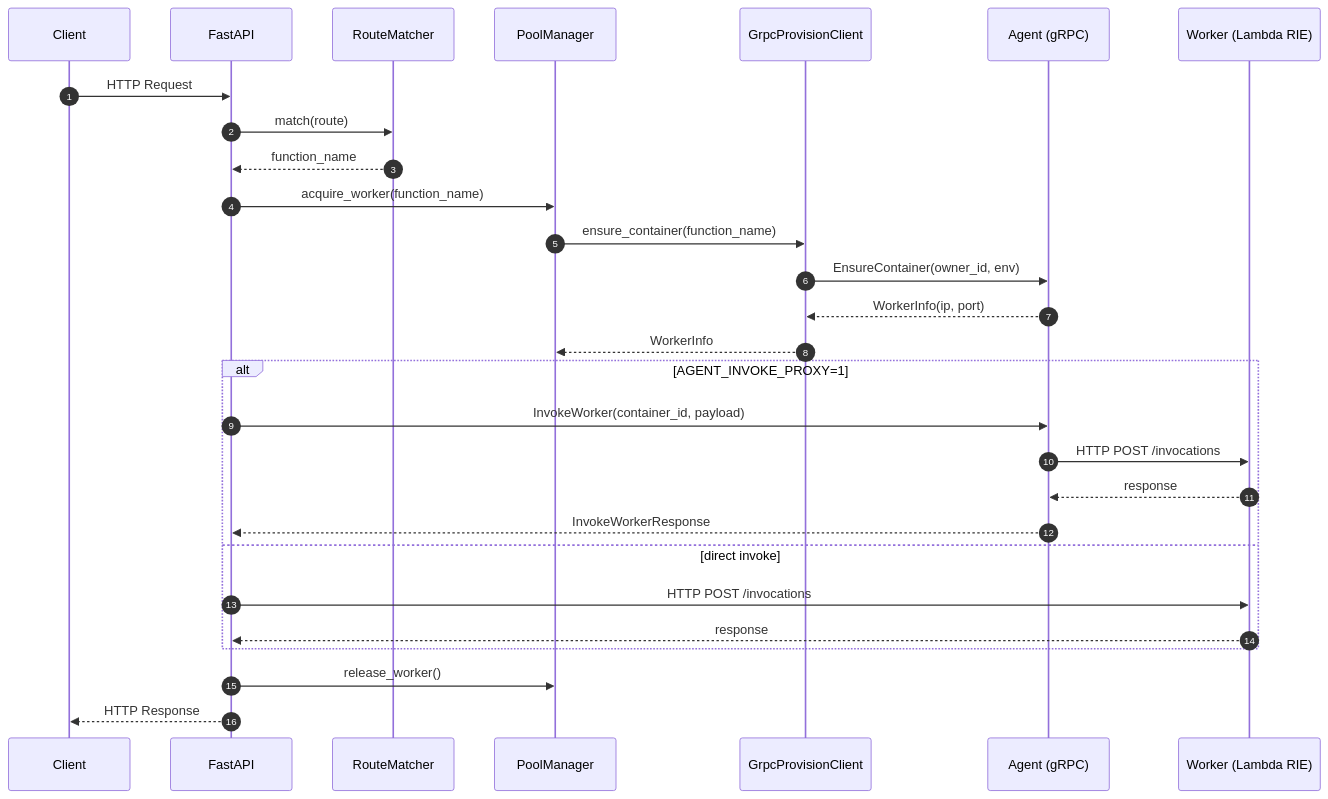
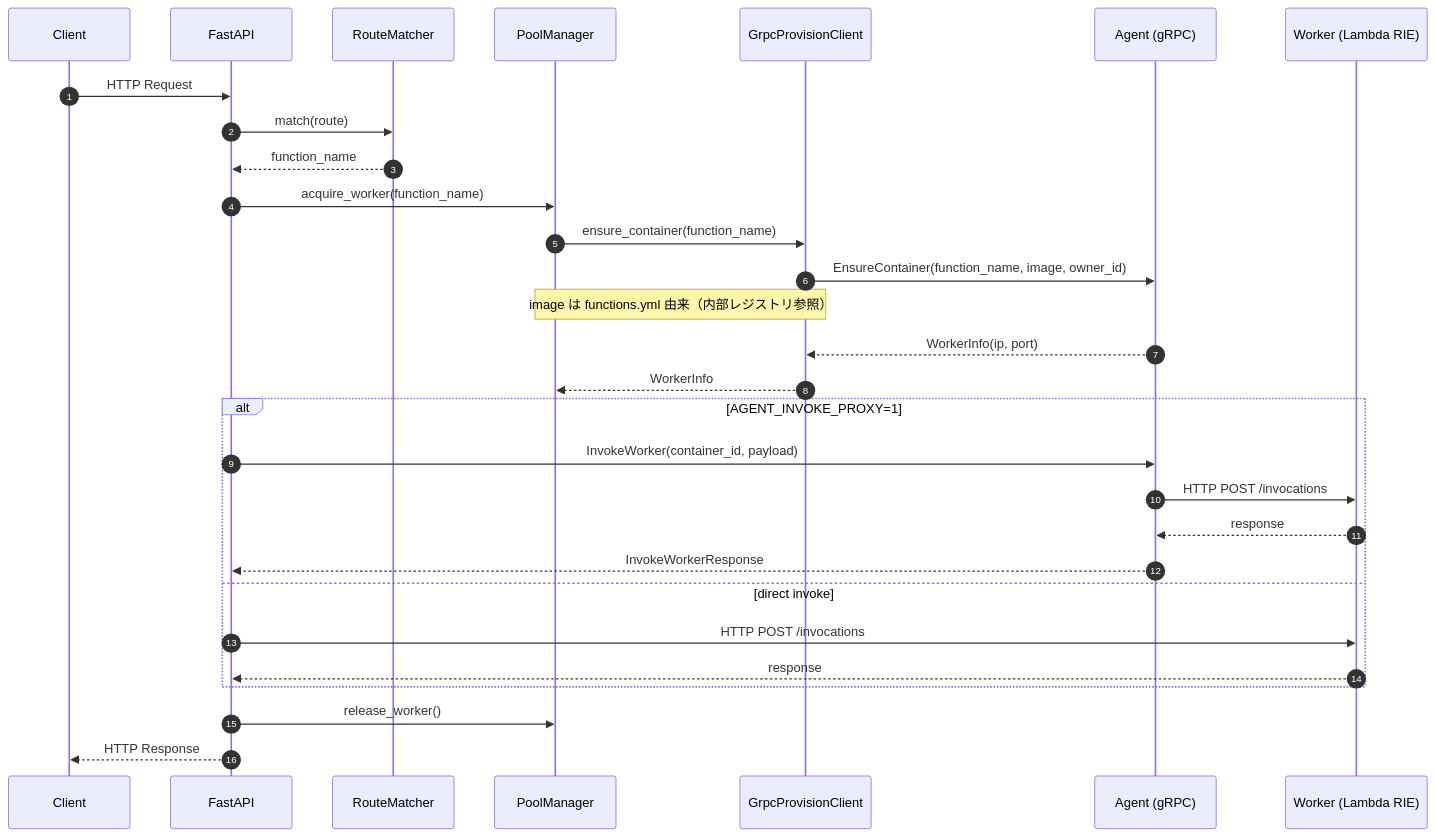
Before and after one commit to poruru-code/esb: the second of 3 diagrams in services/gateway/docs/architecture.md, drawn with Mermaid. The commit also changed other lines of this file and 76 other files, not shown here.

````diff
--- a/services/gateway/docs/architecture.md
+++ b/services/gateway/docs/architecture.md
@@ -42,33 +42,34 @@
 ```mermaid
 sequenceDiagram
     autonumber
     participant Client
     participant GW as FastAPI
     participant RM as RouteMatcher
     participant PM as PoolManager
     participant GP as GrpcProvisionClient
     participant AG as Agent (gRPC)
     participant WK as Worker (Lambda RIE)
 
     Client->>GW: HTTP Request
     GW->>RM: match(route)
     RM-->>GW: function_name
     GW->>PM: acquire_worker(function_name)
     PM->>GP: ensure_container(function_name)
-    GP->>AG: EnsureContainer(owner_id, env)
+    GP->>AG: EnsureContainer(function_name, image, owner_id)
+    Note over PM,GP: image は functions.yml 由来（内部レジストリ参照）
     AG-->>GP: WorkerInfo(ip, port)
     GP-->>PM: WorkerInfo
 
     alt AGENT_INVOKE_PROXY=1
         GW->>AG: InvokeWorker(container_id, payload)
         AG->>WK: HTTP POST /invocations
         WK-->>AG: response
         AG-->>GW: InvokeWorkerResponse
     else direct invoke
         GW->>WK: HTTP POST /invocations
         WK-->>GW: response
     end
 
     GW->>PM: release_worker()
     GW-->>Client: HTTP Response
 ```
````
